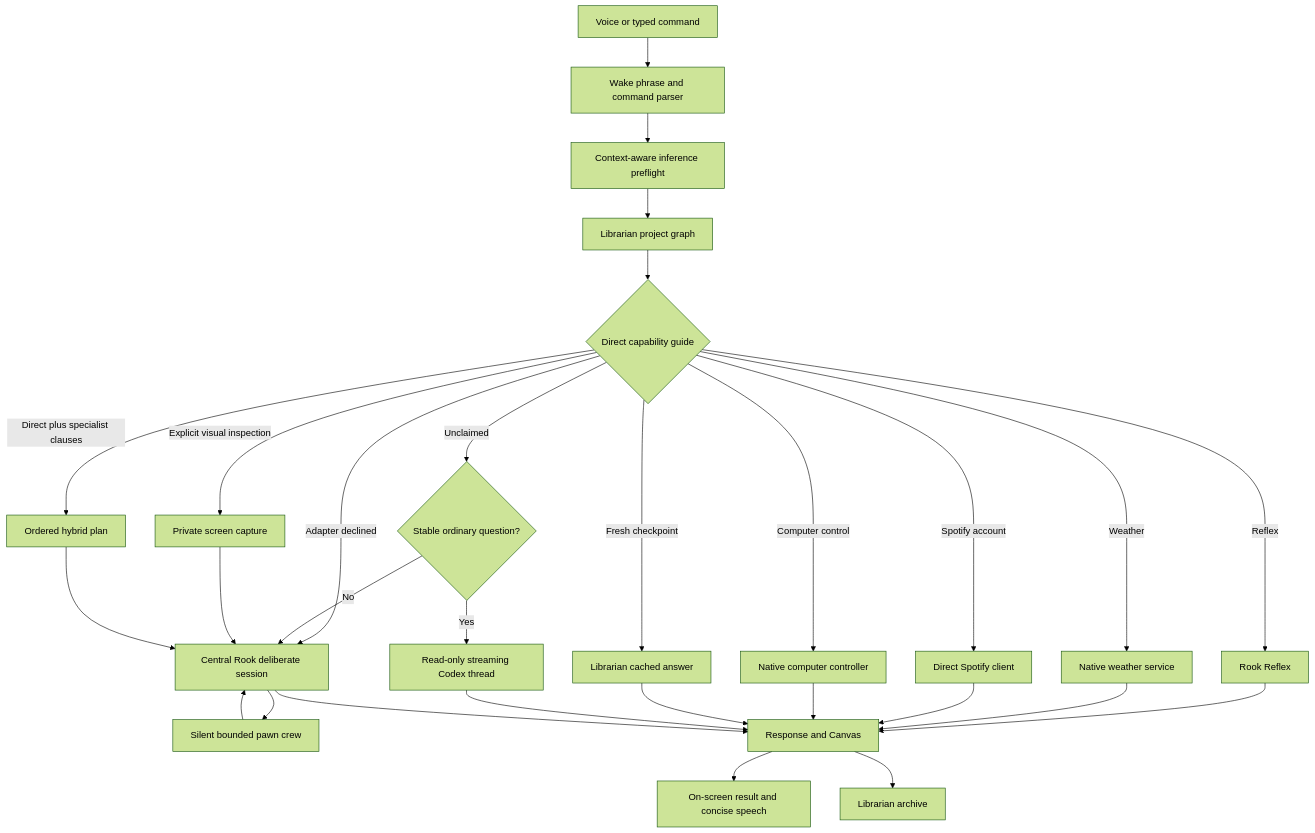
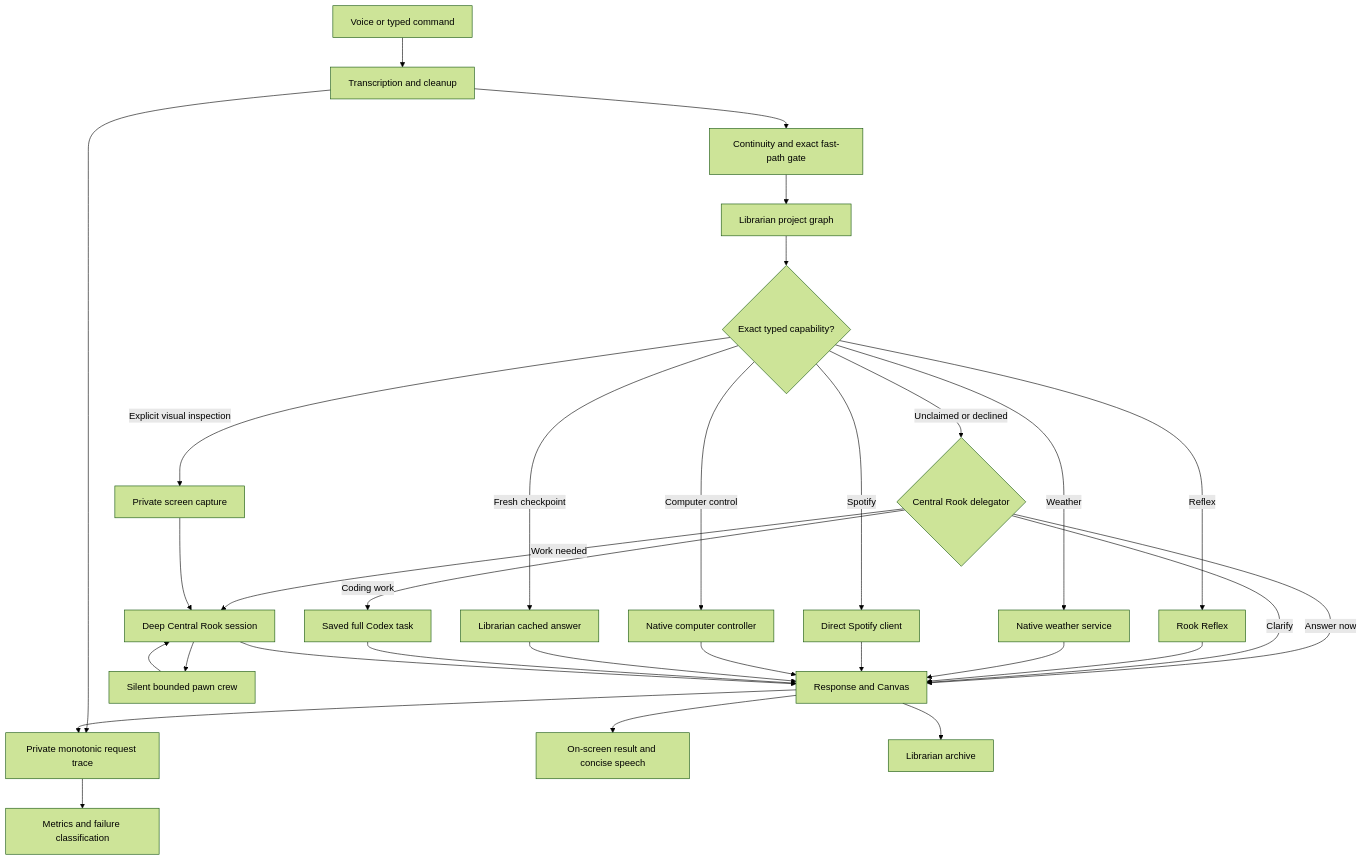
Before and after one commit to nmcnamee24/Rook: the first of 2 diagrams in docs/ARCHITECTURE.md, drawn with Mermaid (forest theme). The commit also changed other lines of this file and 75 other files, not shown here.

Commit message:
Advance Rook routing, wake, and native experience

````diff
--- a/docs/ARCHITECTURE.md
+++ b/docs/ARCHITECTURE.md
@@ -7,31 +7,33 @@
 ```mermaid
 flowchart TD
-  A["Voice or typed command"] --> B["Wake phrase and command parser"]
-  B --> R["Context-aware inference preflight"]
+  A["Voice or typed command"] --> B["Transcription and cleanup"]
+  B --> R["Continuity and exact fast-path gate"]
+  B --> T["Private monotonic request trace"]
   R --> P["Librarian project graph"]
-  P --> C{"Direct capability guide"}
+  P --> C{"Exact typed capability?"}
   C -->|Reflex| D["Rook Reflex"]
   C -->|Weather| E["Native weather service"]
-  C -->|Spotify account| S["Direct Spotify client"]
+  C -->|Spotify| S["Direct Spotify client"]
   C -->|Explicit visual inspection| V["Private screen capture"]
   C -->|Computer control| F["Native computer controller"]
   C -->|Fresh checkpoint| Q["Librarian cached answer"]
-  C -->|Direct plus specialist clauses| Y["Ordered hybrid plan"]
-  C -->|Adapter declined| I
-  C -->|Unclaimed| G{"Stable ordinary question?"}
-  G -->|Yes| H["Read-only streaming Codex thread"]
-  G -->|No| I["Central Rook deliberate session"]
+  C -->|Unclaimed or declined| G{"Central Rook delegator"}
+  G -->|Answer now| K
+  G -->|Clarify| K
+  G -->|Coding work| Z["Saved full Codex task"]
+  G -->|Work needed| I["Deep Central Rook session"]
   I --> J["Silent bounded pawn crew"]
   D --> K["Response and Canvas"]
   E --> K
   S --> K
   V --> I
   F --> K
   Q --> K
-  Y --> I
-  H --> K
   J --> I
+  Z --> K
   I --> K
   K --> L["On-screen result and concise speech"]
   K --> M["Librarian archive"]
+  K --> T
+  T --> X["Metrics and failure classification"]
 ```
````
